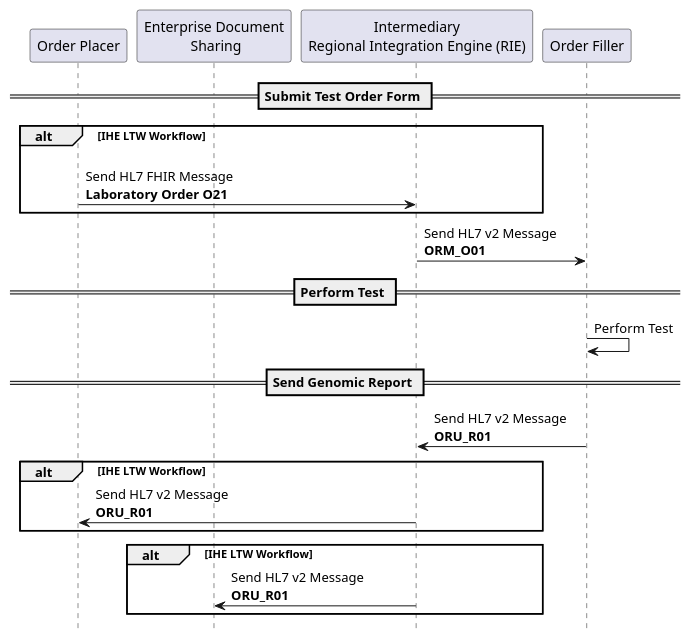
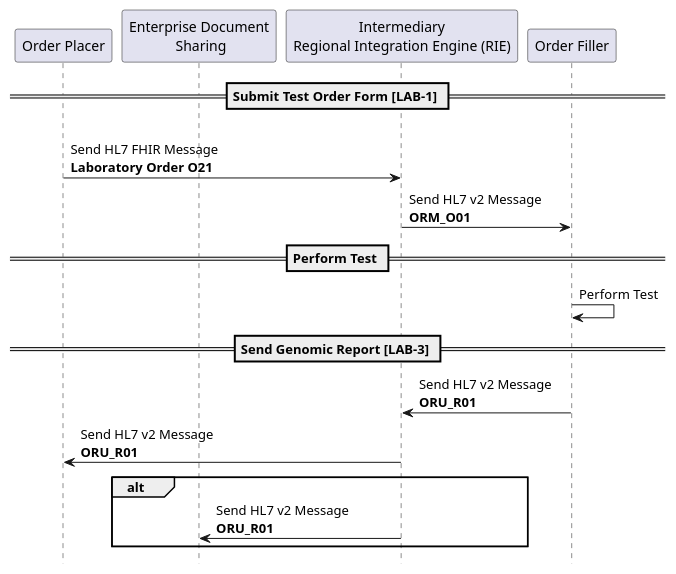
Before and after one commit to nw-gmsa/nw-gmsa.github.com: the diagram in input/images-source/LTW-now-sequence.plantuml, drawn with PlantUML. The commit also changed 3 other files, not shown here.

Commit message:
Documentation of Lab Report options

```diff
--- a/input/images-source/LTW-now-sequence.plantuml
+++ b/input/images-source/LTW-now-sequence.plantuml
@@ -1,33 +1,29 @@
 @startuml
 
 hide footbox
 
 participant "Order Placer" as EPR
 participant "Enterprise Document\n Sharing" as XDS
 participant "Intermediary\nRegional Integration Engine (RIE)" as TIE
 participant "Order Filler" as LIMS
 
+== Submit Test Order Form [LAB-1] ==
 
-
-== Submit Test Order Form ==
-
-alt IHE LTW Workflow
 EPR -> TIE: \nSend HL7 FHIR Message\n**Laboratory Order O21**
-end
 TIE -> LIMS: Send HL7 v2 Message\n**ORM_O01**
 
 == Perform Test ==
 
 LIMS -> LIMS: Perform Test
 
-== Send Genomic Report ==
+== Send Genomic Report [LAB-3] ==
 
 LIMS -> TIE: Send HL7 v2 Message\n**ORU_R01**
-alt IHE LTW Workflow
+
 TIE -> EPR: Send HL7 v2 Message\n**ORU_R01**
-end
-alt IHE LTW Workflow
+
+alt
 TIE -> XDS: Send HL7 v2 Message\n**ORU_R01**
 end
 
 @enduml
```
